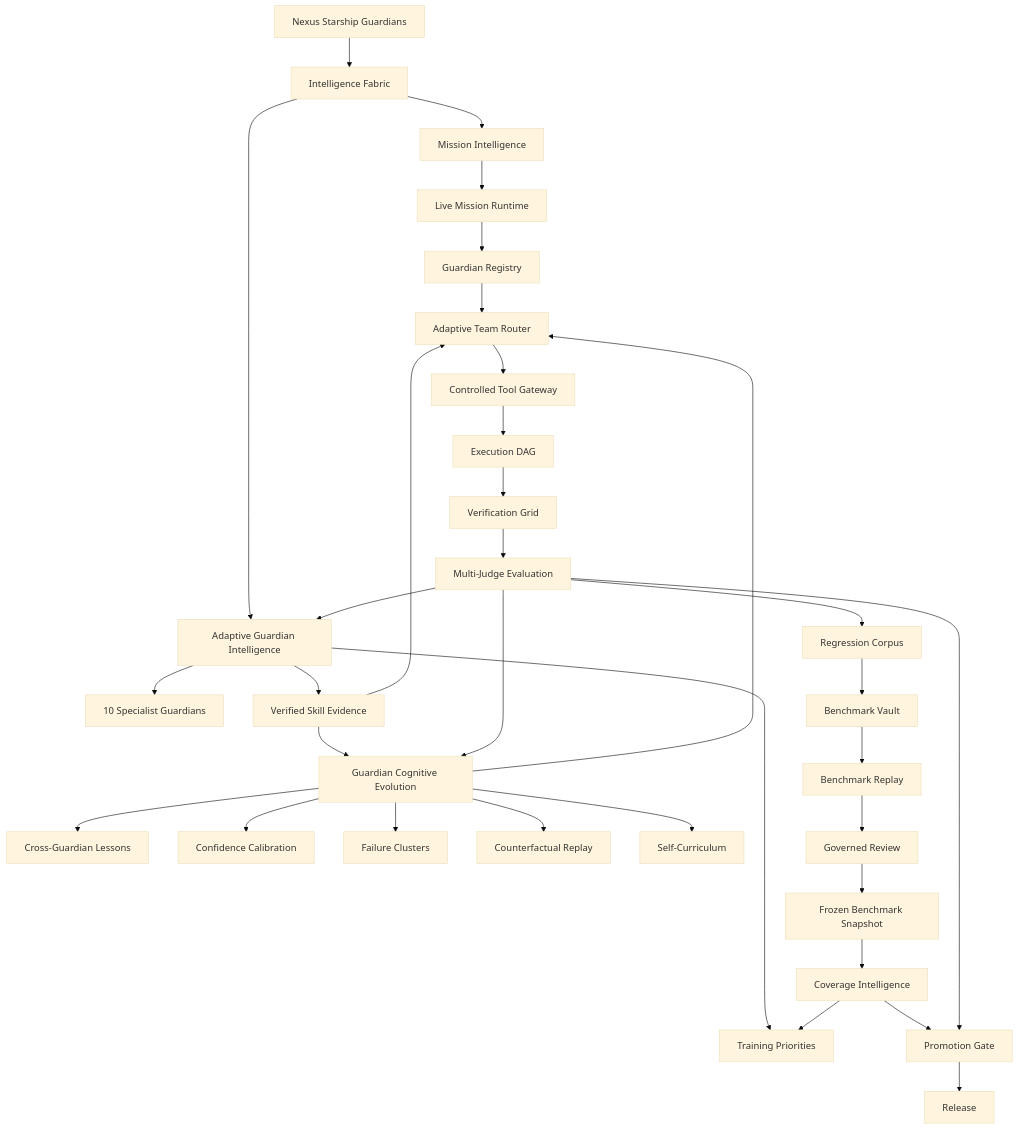
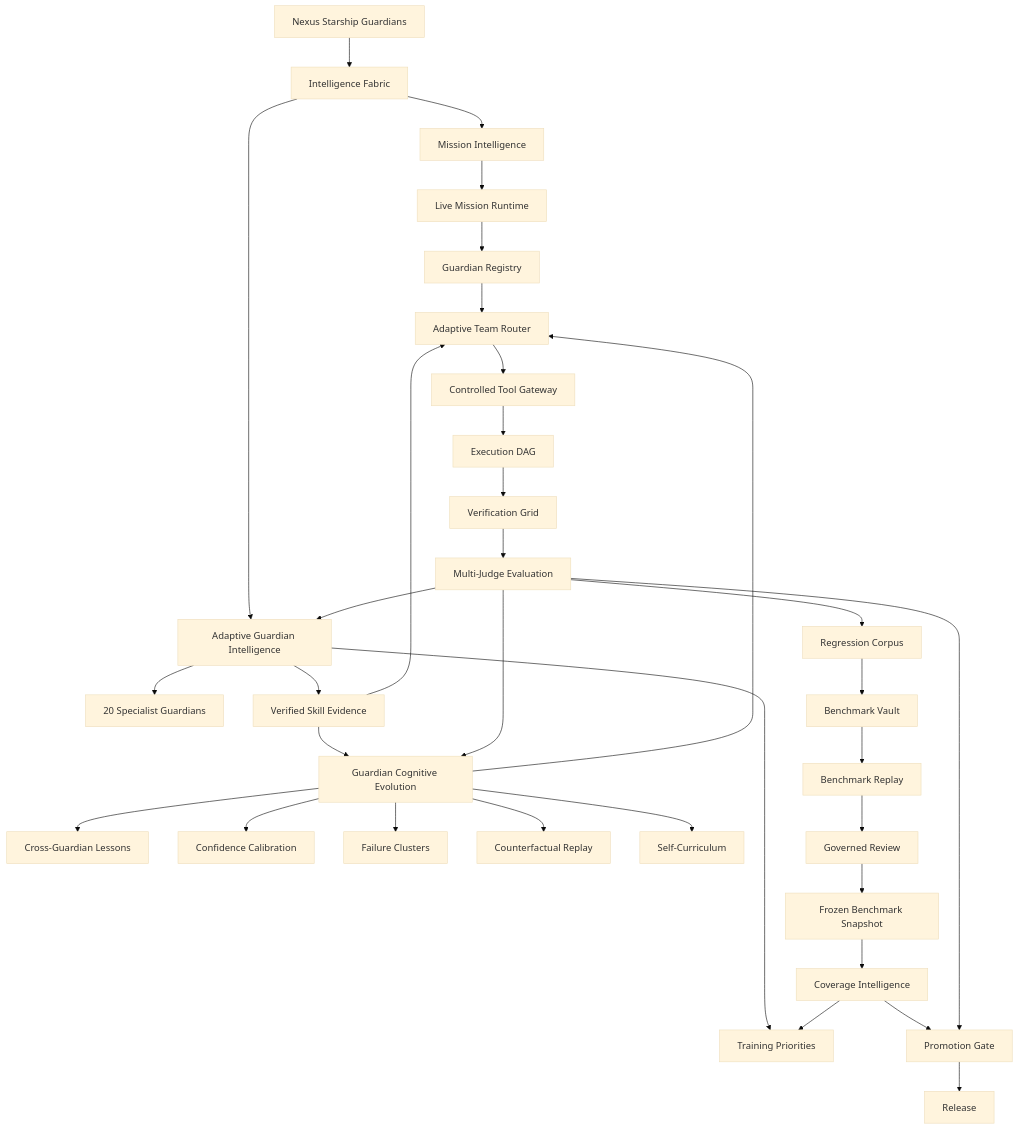
Before and after one commit to lois4801/NEXUS-Starship-Guardians: the diagram in README.md, drawn with Mermaid (base theme). The commit also changed other lines of this file, not shown here.

Commit message:
docs: README Autonomous Operations Wing + 20-role specialist counts

````diff
--- a/README.md
+++ b/README.md
@@ -120,40 +139,40 @@
 ```mermaid
 flowchart TD
     A[Nexus Starship Guardians] --> B[Intelligence Fabric]
     B --> M[Mission Intelligence]
     M --> R[Live Mission Runtime]
     R --> G[Guardian Registry]
 
     B --> AGI[Adaptive Guardian Intelligence]
-    AGI --> S[10 Specialist Guardians]
+    AGI --> S[20 Specialist Guardians]
     AGI --> SK[Verified Skill Evidence]
     AGI --> TP[Training Priorities]
 
     SK --> CE[Guardian Cognitive Evolution]
     CE --> KL[Cross-Guardian Lessons]
     CE --> CC[Confidence Calibration]
     CE --> FC[Failure Clusters]
     CE --> CF[Counterfactual Replay]
     CE --> SC[Self-Curriculum]
 
     G --> AR[Adaptive Team Router]
     SK --> AR
     CE --> AR
     AR --> TG[Controlled Tool Gateway]
     TG --> EX[Execution DAG]
     EX --> V[Verification Grid]
     V --> MJ[Multi-Judge Evaluation]
     MJ --> AGI
     MJ --> CE
 
     MJ --> RC[Regression Corpus]
     RC --> BV[Benchmark Vault]
     BV --> BR[Benchmark Replay]
     BR --> GR[Governed Review]
     GR --> BS[Frozen Benchmark Snapshot]
     BS --> CI[Coverage Intelligence]
     CI --> TP
     CI --> PG[Promotion Gate]
     MJ --> PG
     PG --> REL[Release]
 ```
````
